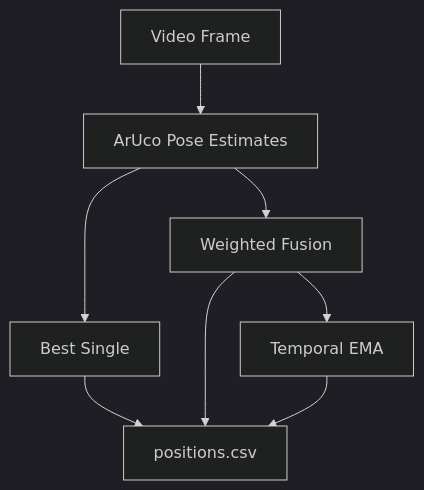
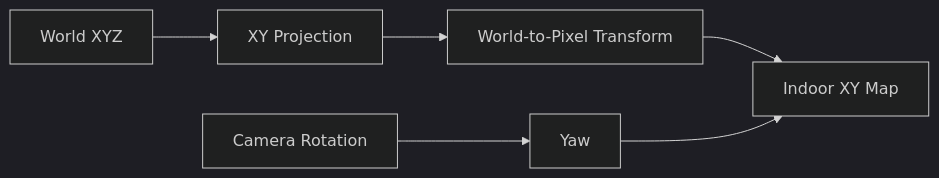
The seventh of 16 diagrams in README.md (JIWOO1127/machine-vision1), drawn with Mermaid (dark theme) before and after one commit. The commit also changed other lines of this file and 7 other files, not shown here.

````diff
--- a/README.md
+++ b/README.md
@@ -667,17 +920,8 @@
 ```mermaid
-flowchart TD
-    A[Video Frame]
-    B[ArUco Pose Estimates]
-    C[Best Single]
-    D[Weighted Fusion]
-    E[Temporal EMA]
-    F[positions.csv]
-
-    A --> B
-    B --> C
-    B --> D
-    D --> E
-    C --> F
-    D --> F
-    E --> F
+flowchart LR
+    A[World XYZ] --> B[XY Projection]
+    B --> C[World-to-Pixel Transform]
+    C --> D[Indoor XY Map]
+    E[Camera Rotation] --> F[Yaw]
+    F --> D
 ```
````
